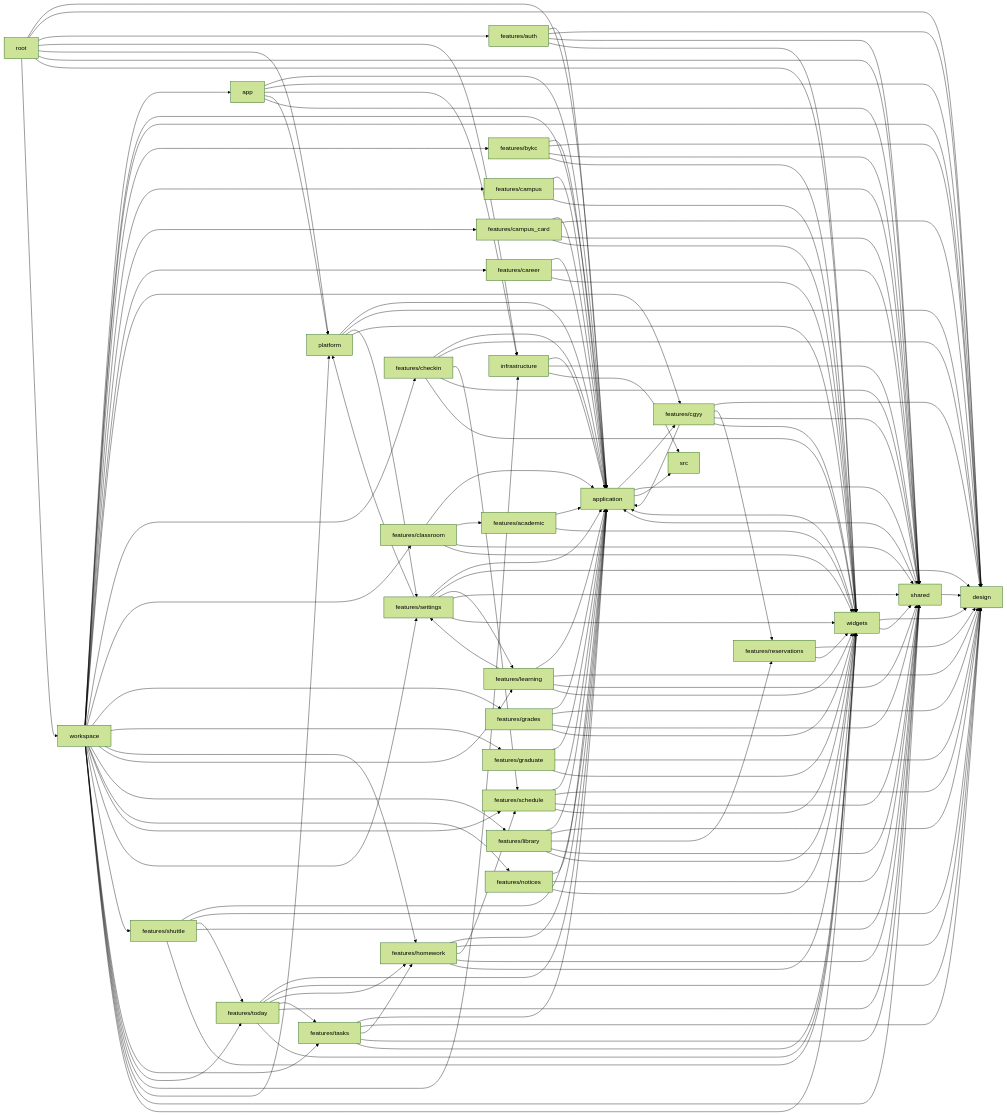
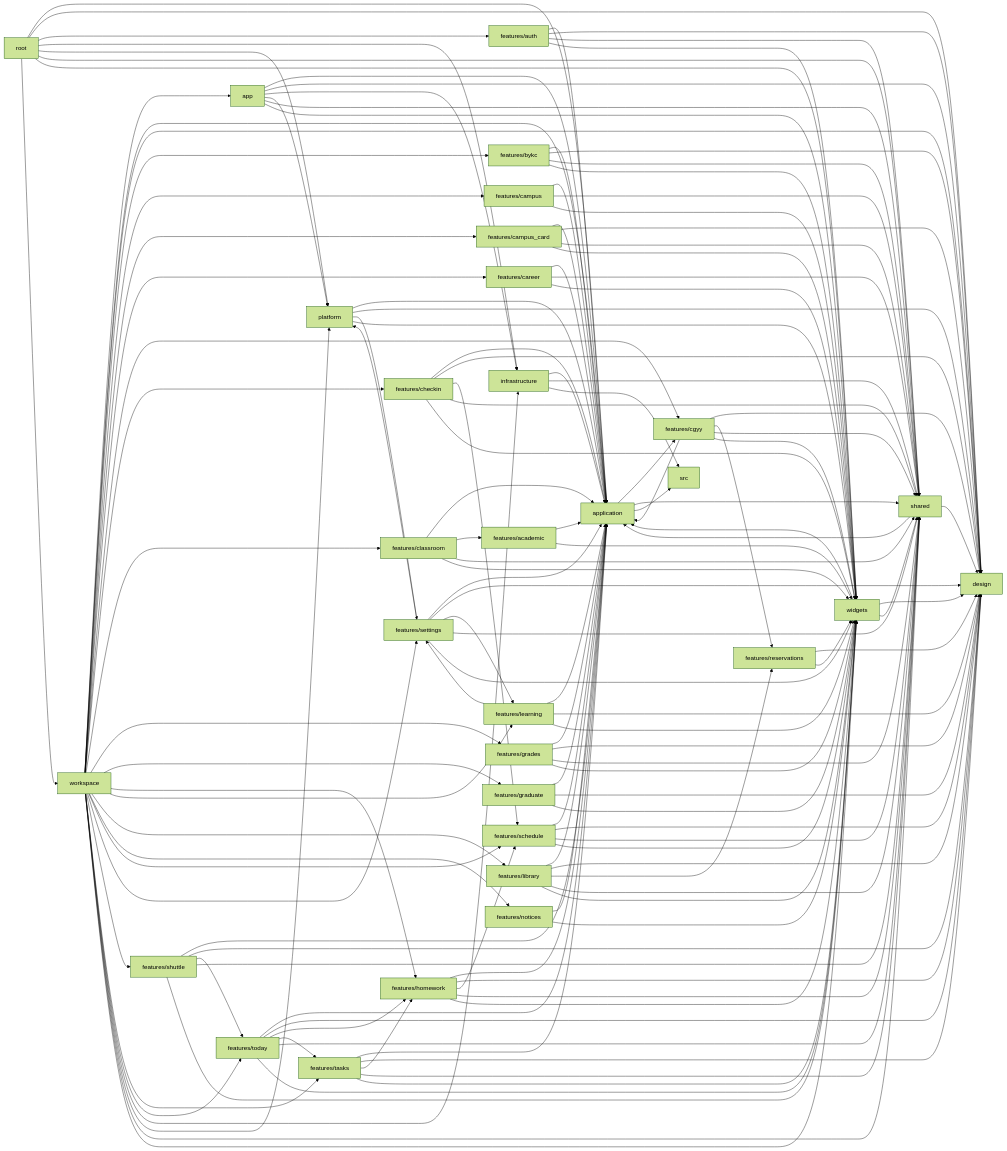
One commit to JUANWANG-BUAA/ginkgo changed the first of 3 diagrams in docs/interfaces/DEPENDENCY-GRAPH.md. Above: the diagram before and after it, drawn with Mermaid (forest theme). The commit also changed other lines of this file and 31 other files, not shown here.

```diff
--- a/docs/interfaces/DEPENDENCY-GRAPH.md
+++ b/docs/interfaces/DEPENDENCY-GRAPH.md
@@ -46,6 +46,7 @@
   n_app --> n_infrastructure
   n_app --> n_platform
   n_app --> n_shared
+  n_app --> n_widgets
   n_application --> n_features_cgyy
   n_application --> n_shared
   n_application --> n_src
@@ -98,7 +99,6 @@
   n_features_learning --> n_application
   n_features_learning --> n_design
   n_features_learning --> n_features_settings
-  n_features_learning --> n_shared
   n_features_learning --> n_widgets
   n_features_library --> n_application
   n_features_library --> n_design
@@ -106,7 +106,6 @@
   n_features_library --> n_shared
   n_features_library --> n_widgets
   n_features_notices --> n_application
-  n_features_notices --> n_shared
   n_features_notices --> n_widgets
   n_features_reservations --> n_design
   n_features_reservations --> n_widgets
```
